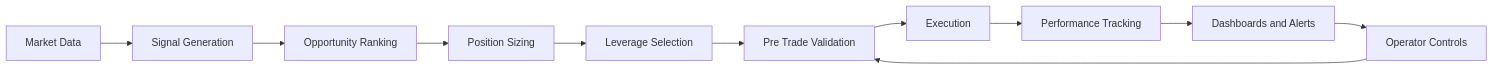
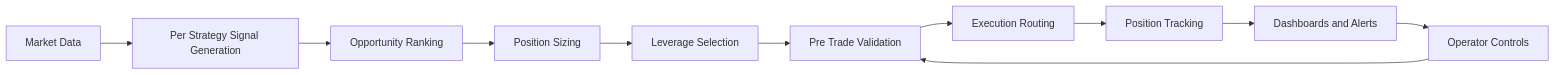
One commit to hashemselsherif/automated-trading-platform-showcase changed the diagram in README.md. Above: the diagram before and after it, drawn with Mermaid. The commit also changed other lines of this file and 5 other files, not shown here.

````diff
--- a/README.md
+++ b/README.md
@@ -31,13 +22,13 @@
 ```mermaid
 flowchart LR
-  A[Market Data] --> B[Signal Generation]
+  A[Market Data] --> B[Per Strategy Signal Generation]
   B --> C[Opportunity Ranking]
   C --> D[Position Sizing]
   D --> E[Leverage Selection]
   E --> F[Pre Trade Validation]
-  F --> G[Execution]
-  G --> H[Performance Tracking]
+  F --> G[Execution Routing]
+  G --> H[Position Tracking]
   H --> I[Dashboards and Alerts]
   I --> J[Operator Controls]
   J --> F
 ```
````
